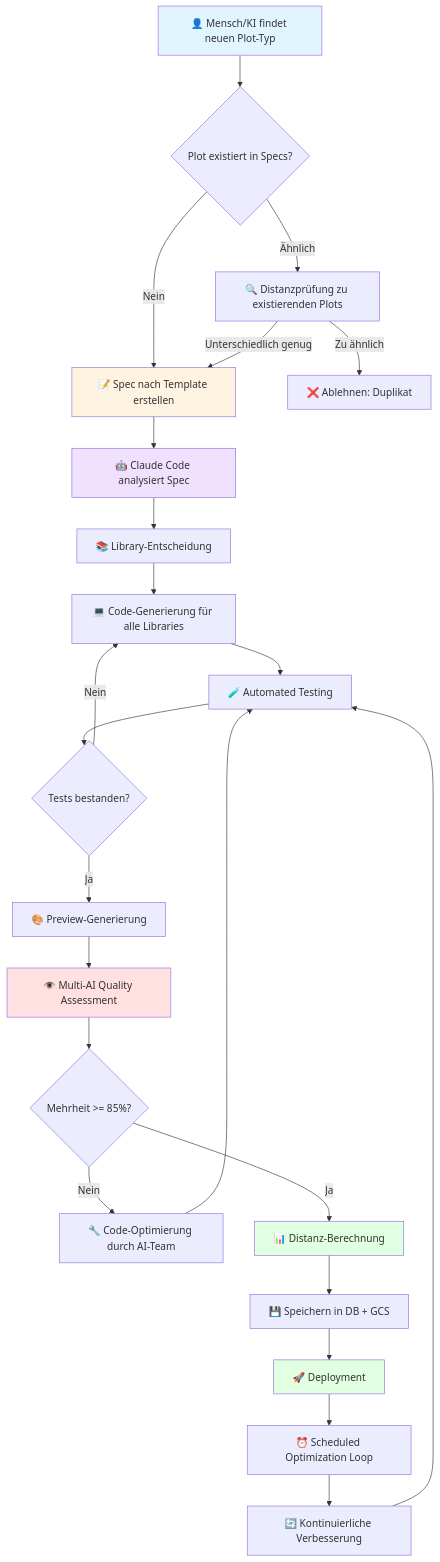
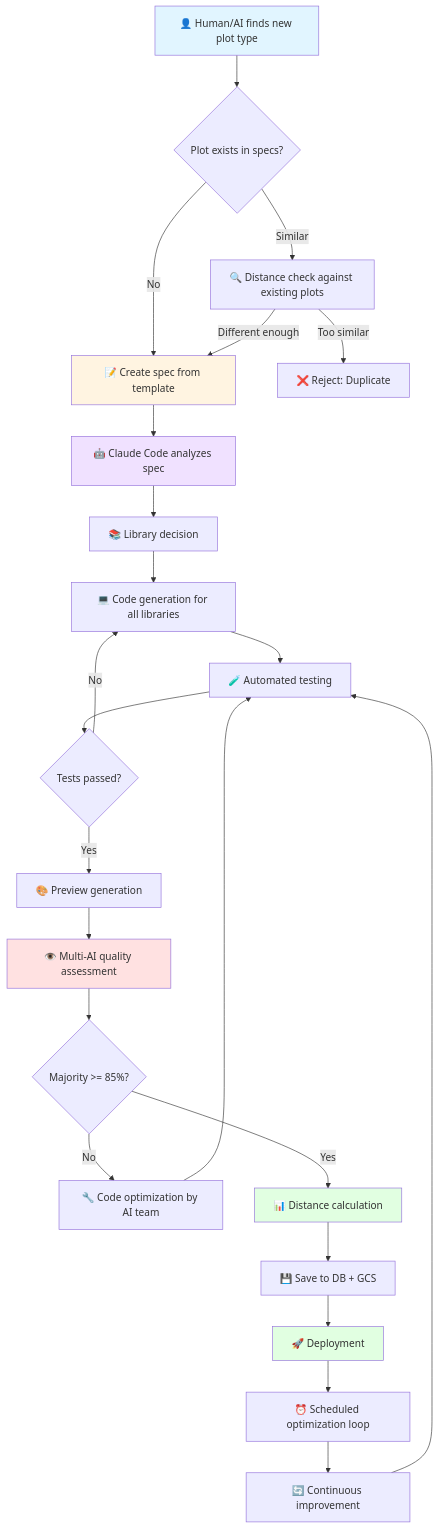
Before and after one commit to MarkusNeusinger/pyplots: the first of 9 diagrams in docs/workflow.md, drawn with Mermaid. The commit also changed other lines of this file, not shown here.

````diff
--- a/docs/workflow.md
+++ b/docs/workflow.md
@@ -9,32 +9,32 @@
 ```mermaid
 graph TD
-    A[👤 Mensch/KI findet neuen Plot-Typ] --> B{Plot existiert in Specs?}
-    B -->|Nein| C[📝 Spec nach Template erstellen]
-    B -->|Ähnlich| D[🔍 Distanzprüfung zu existierenden Plots]
-    D -->|Zu ähnlich| E[❌ Ablehnen: Duplikat]
-    D -->|Unterschiedlich genug| C
-    C --> F[🤖 Claude Code analysiert Spec]
-    F --> G[📚 Library-Entscheidung]
-    G --> H[💻 Code-Generierung für alle Libraries]
-    H --> I[🧪 Automated Testing]
-    I --> J{Tests bestanden?}
-    J -->|Nein| H
-    J -->|Ja| K[🎨 Preview-Generierung]
-    K --> L[👁️ Multi-AI Quality Assessment]
-    L --> M{Mehrheit >= 85%?}
-    M -->|Nein| N[🔧 Code-Optimierung durch AI-Team]
+    A[👤 Human/AI finds new plot type] --> B{Plot exists in specs?}
+    B -->|No| C[📝 Create spec from template]
+    B -->|Similar| D[🔍 Distance check against existing plots]
+    D -->|Too similar| E[❌ Reject: Duplicate]
+    D -->|Different enough| C
+    C --> F[🤖 Claude Code analyzes spec]
+    F --> G[📚 Library decision]
+    G --> H[💻 Code generation for all libraries]
+    H --> I[🧪 Automated testing]
+    I --> J{Tests passed?}
+    J -->|No| H
+    J -->|Yes| K[🎨 Preview generation]
+    K --> L[👁️ Multi-AI quality assessment]
+    L --> M{Majority >= 85%?}
+    M -->|No| N[🔧 Code optimization by AI team]
     N --> I
-    M -->|Ja| O[📊 Distanz-Berechnung]
-    O --> P[💾 Speichern in DB + GCS]
+    M -->|Yes| O[📊 Distance calculation]
+    O --> P[💾 Save to DB + GCS]
     P --> Q[🚀 Deployment]
-    Q --> R[⏰ Scheduled Optimization Loop]
-    R --> S[🔄 Kontinuierliche Verbesserung]
+    Q --> R[⏰ Scheduled optimization loop]
+    R --> S[🔄 Continuous improvement]
     S --> I
 
     style A fill:#e1f5ff
     style C fill:#fff4e1
     style F fill:#f0e1ff
     style L fill:#ffe1e1
     style O fill:#e1ffe1
     style Q fill:#e1ffe1
 ```
````
